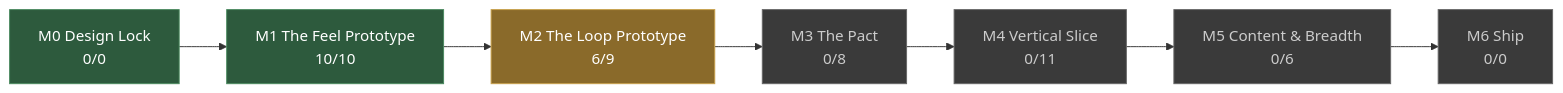
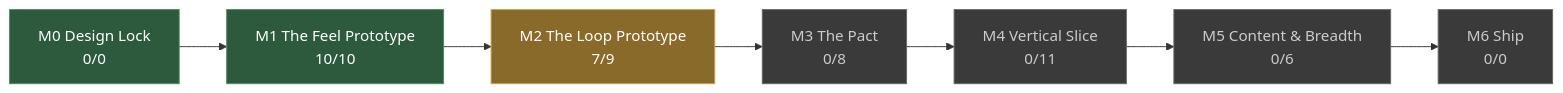
The diagram in docs/STATUS.md (JoshuaGessner/she), drawn with Mermaid before and after one commit. The commit also changed other lines of this file and 19 other files, not shown here.

````diff
--- a/docs/STATUS.md
+++ b/docs/STATUS.md
@@ -13,19 +13,19 @@
 ```mermaid
 flowchart LR
   M0["M0 Design Lock<br/>0/0"]:::passed
   M1["M1 The Feel Prototype<br/>10/10"]:::passed
   M0 --> M1
-  M2["M2 The Loop Prototype<br/>6/9"]:::current
+  M2["M2 The Loop Prototype<br/>7/9"]:::current
   M1 --> M2
   M3["M3 The Pact<br/>0/8"]:::ahead
   M2 --> M3
   M4["M4 Vertical Slice<br/>0/11"]:::ahead
   M3 --> M4
   M5["M5 Content & Breadth<br/>0/6"]:::ahead
   M4 --> M5
   M6["M6 Ship<br/>0/0"]:::ahead
   M5 --> M6
   classDef passed fill:#2d5a3d,stroke:#4a8a5f,color:#fff
   classDef current fill:#8a6a2a,stroke:#c8a04a,color:#fff
   classDef ahead fill:#3a3a3a,stroke:#666,color:#ccc
 ```
````
